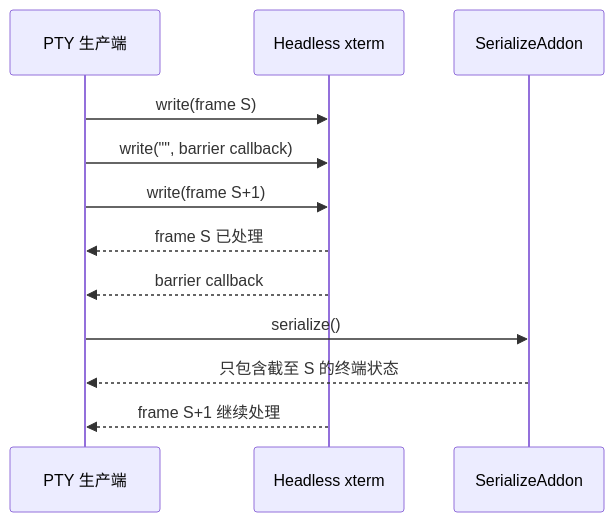
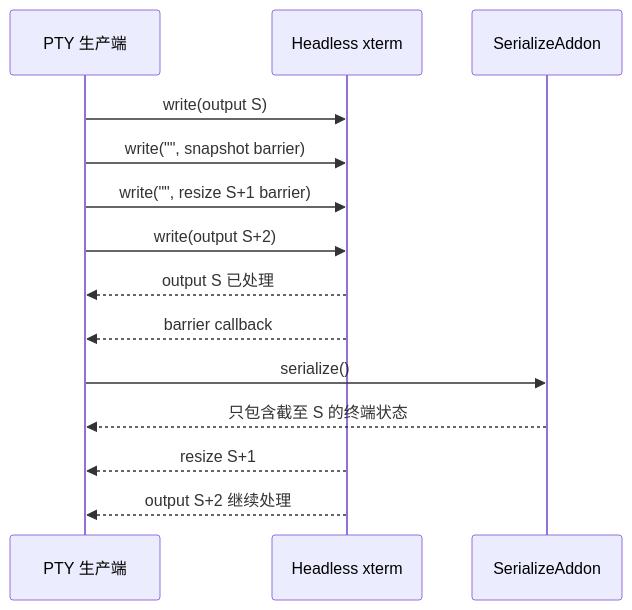
Before and after one commit to lichenxicatapple-blip/dev-anywhere: the second of 5 diagrams in docs/PTY-NETWORK-SYNC.md, drawn with Mermaid. The commit also changed other lines of this file and 62 other files, not shown here.

````diff
--- a/docs/PTY-NETWORK-SYNC.md
+++ b/docs/PTY-NETWORK-SYNC.md
@@ -142,15 +181,17 @@
 ```mermaid
 sequenceDiagram
   participant P as PTY 生产端
   participant X as Headless xterm
   participant S as SerializeAddon
 
-  P->>X: write(frame S)
-  P->>X: write("", barrier callback)
-  P->>X: write(frame S+1)
-  X-->>P: frame S 已处理
+  P->>X: write(output S)
+  P->>X: write("", snapshot barrier)
+  P->>X: write("", resize S+1 barrier)
+  P->>X: write(output S+2)
+  X-->>P: output S 已处理
   X-->>P: barrier callback
   P->>S: serialize()
   S-->>P: 只包含截至 S 的终端状态
-  X-->>P: frame S+1 继续处理
+  X-->>P: resize S+1
+  X-->>P: output S+2 继续处理
 ```
````
